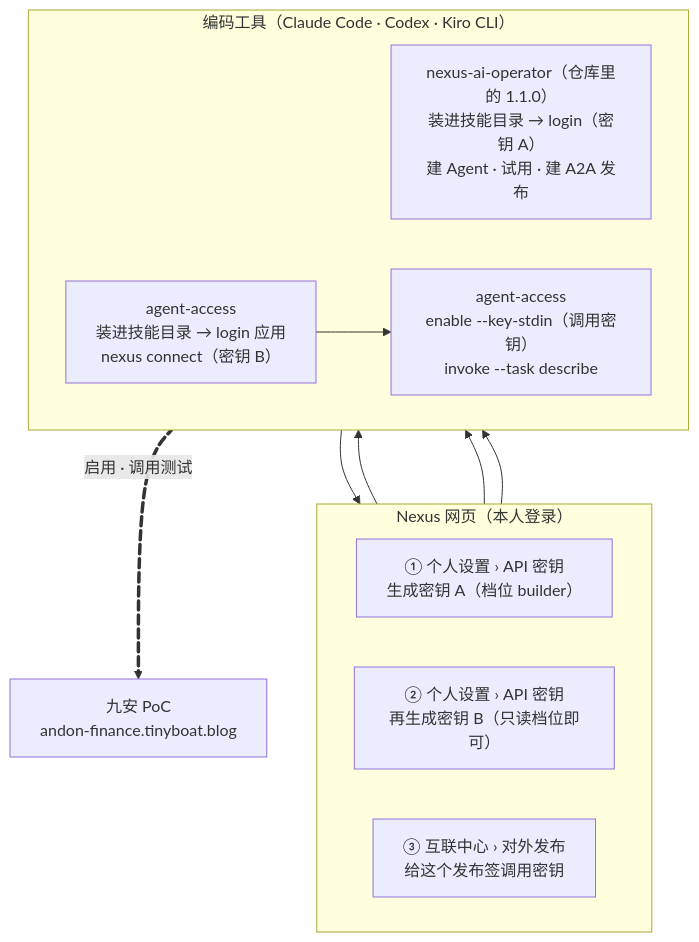
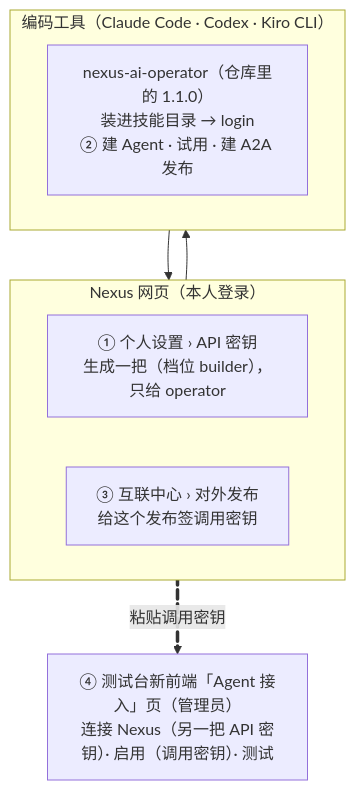
The diagram in docs/assets/diagrams/skills-setup.mmd (LiboMa/nexus-jiuan-agent-framework-poc), drawn with Mermaid before and after one commit. The commit also changed 92 other files, not shown here.

```diff
--- a/docs/assets/diagrams/skills-setup.mmd
+++ b/docs/assets/diagrams/skills-setup.mmd
@@ -1,24 +1,18 @@
 flowchart TB
   subgraph web["Nexus 网页（本人登录）"]
     direction LR
-    k1["① 个人设置 › API 密钥<br/>生成密钥 A（档位 builder）"]
-    k2["② 个人设置 › API 密钥<br/>再生成密钥 B（只读档位即可）"]
+    k1["① 个人设置 › API 密钥<br/>生成一把（档位 builder），只给 operator"]
     k3["③ 互联中心 › 对外发布<br/>给这个发布签调用密钥"]
   end
   subgraph tool["编码工具（Claude Code · Codex · Kiro CLI）"]
     direction LR
-    op["nexus-ai-operator（仓库里的 1.1.0）<br/>装进技能目录 → login（密钥 A）<br/>建 Agent · 试用 · 建 A2A 发布"]
-    aa["agent-access<br/>装进技能目录 → login 应用<br/>nexus connect（密钥 B）"]
-    en["agent-access<br/>enable --key-stdin（调用密钥）<br/>invoke --task describe"]
+    op["nexus-ai-operator（仓库里的 1.1.0）<br/>装进技能目录 → login<br/>② 建 Agent · 试用 · 建 A2A 发布"]
   end
-  app["九安 PoC<br/>andon-finance.tinyboat.blog"]
+  app["④ 测试台新前端「Agent 接入」页（管理员）<br/>连接 Nexus（另一把 API 密钥）· 启用（调用密钥）· 测试"]
   k1 --> op
   op --> k3
-  k2 --> aa
-  k3 --> en
-  aa --> en
-  en e1@== 启用 · 调用测试 ==> app
+  k3 e1@== 粘贴调用密钥 ==> app
   e1@{ animate: true }
-  class k1,k2,k3 warn
-  class op,aa,en poc
+  class k1,k3 warn
+  class op poc
   class app jiuan
```
